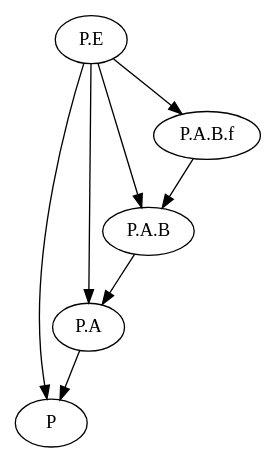
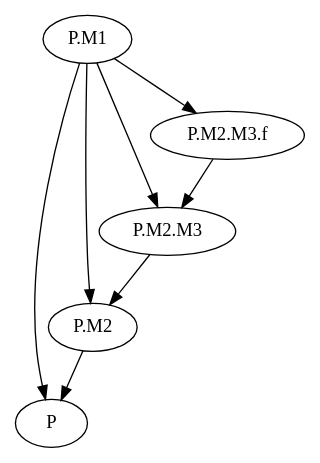
Before and after one commit to ErikHedblom/Master-Thesis: the diagram in Dot/Component.dot, drawn with Graphviz. The commit also changed 10 other files, not shown here.

```diff
--- a/Dot/Component.dot
+++ b/Dot/Component.dot
@@ -1,10 +1,10 @@
 digraph DependencyGraph {
 	"P"
-	"P.A" -> "P"
-	"P.A.B" -> "P.A"
-	"P.A.B.f" -> "P.A.B"
-	"P.E" -> "P"
-	"P.E" -> "P.A"
-	"P.E" -> "P.A.B"
-	"P.E" -> "P.A.B.f"
+	"P.M2" -> "P"
+	"P.M2.M3" -> "P.M2"
+	"P.M2.M3.f" -> "P.M2.M3"
+	"P.M1" -> "P"
+	"P.M1" -> "P.M2"
+	"P.M1" -> "P.M2.M3"
+	"P.M1" -> "P.M2.M3.f"
 }
```
